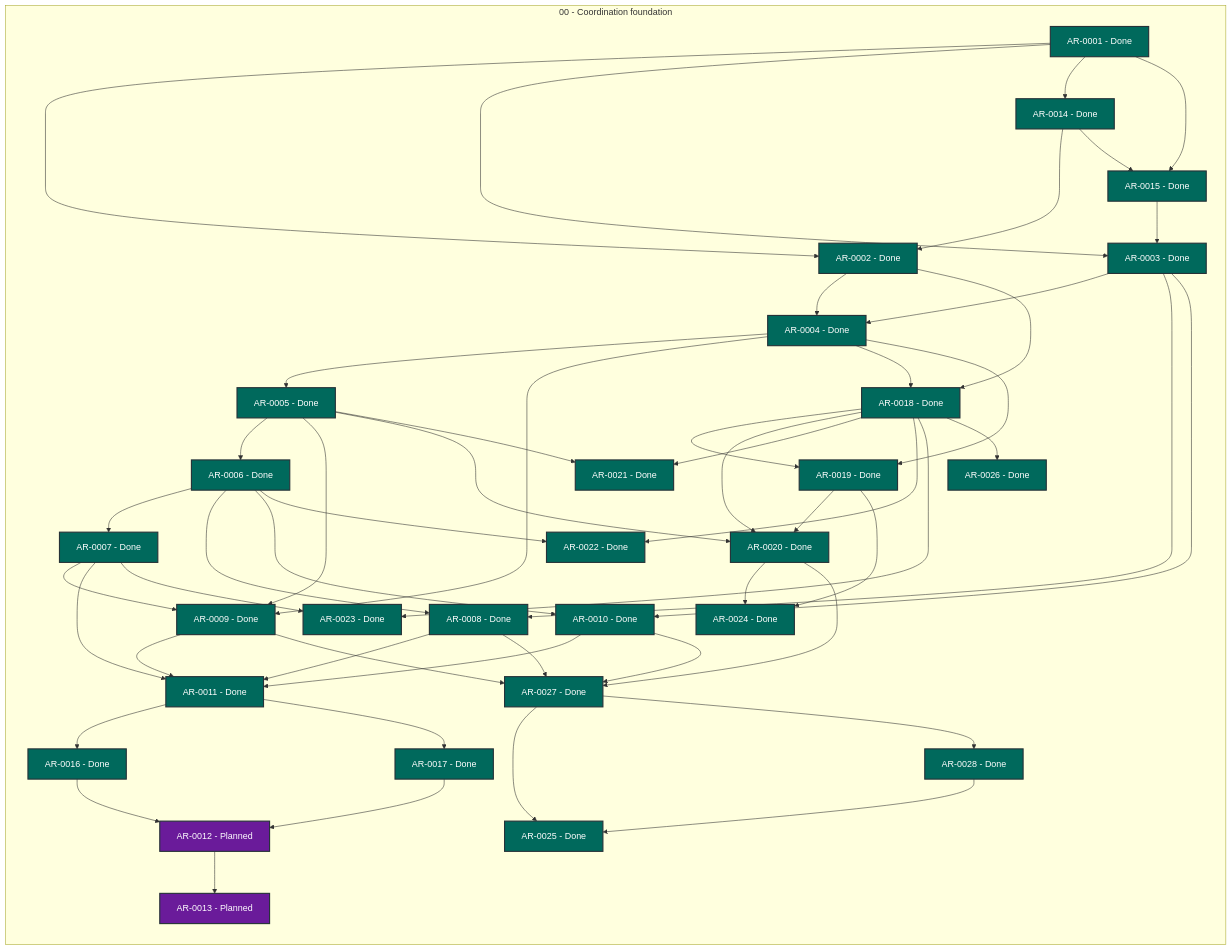
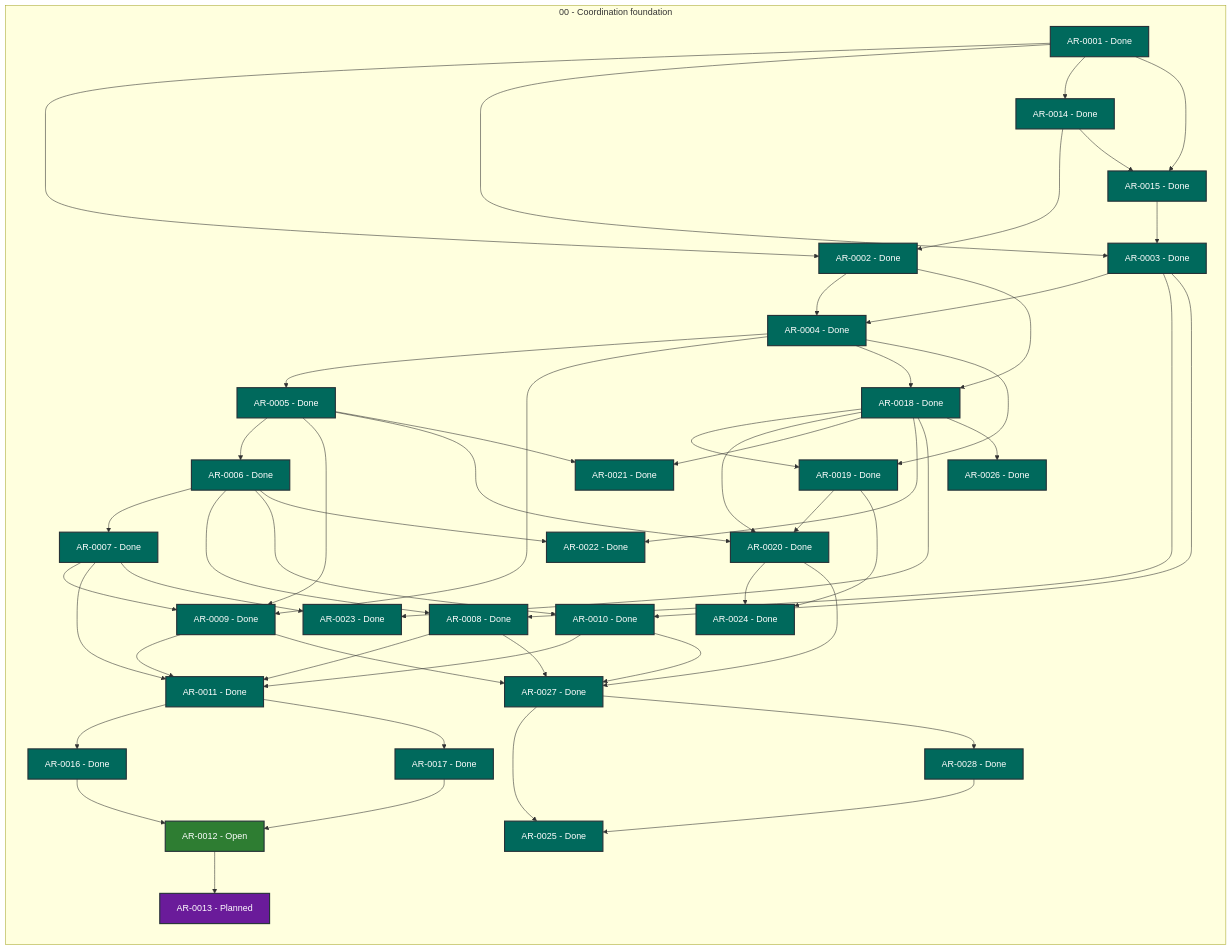
The diagram in STATUS.md (martin-beck/agent-workflow-tui-state), drawn with Mermaid before and after one commit. The commit also changed other lines of this file and 2 other files, not shown here.

```diff
--- a/STATUS.md
+++ b/STATUS.md
@@ -39,7 +39,7 @@
         AR_0009["AR-0009 - Done"]:::status_done
         AR_0010["AR-0010 - Done"]:::status_done
         AR_0011["AR-0011 - Done"]:::status_done
-        AR_0012["AR-0012 - Planned"]:::status_planned
+        AR_0012["AR-0012 - Open"]:::status_open
         AR_0013["AR-0013 - Planned"]:::status_planned
         AR_0014["AR-0014 - Done"]:::status_done
         AR_0015["AR-0015 - Done"]:::status_done
```
